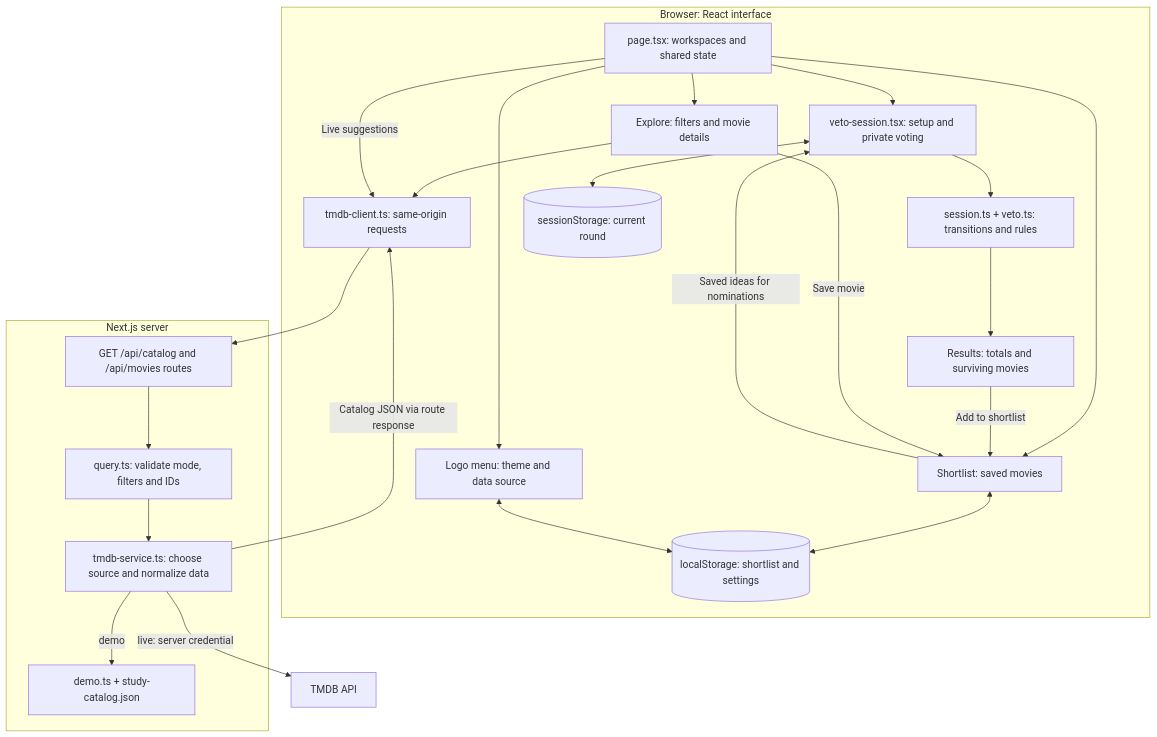
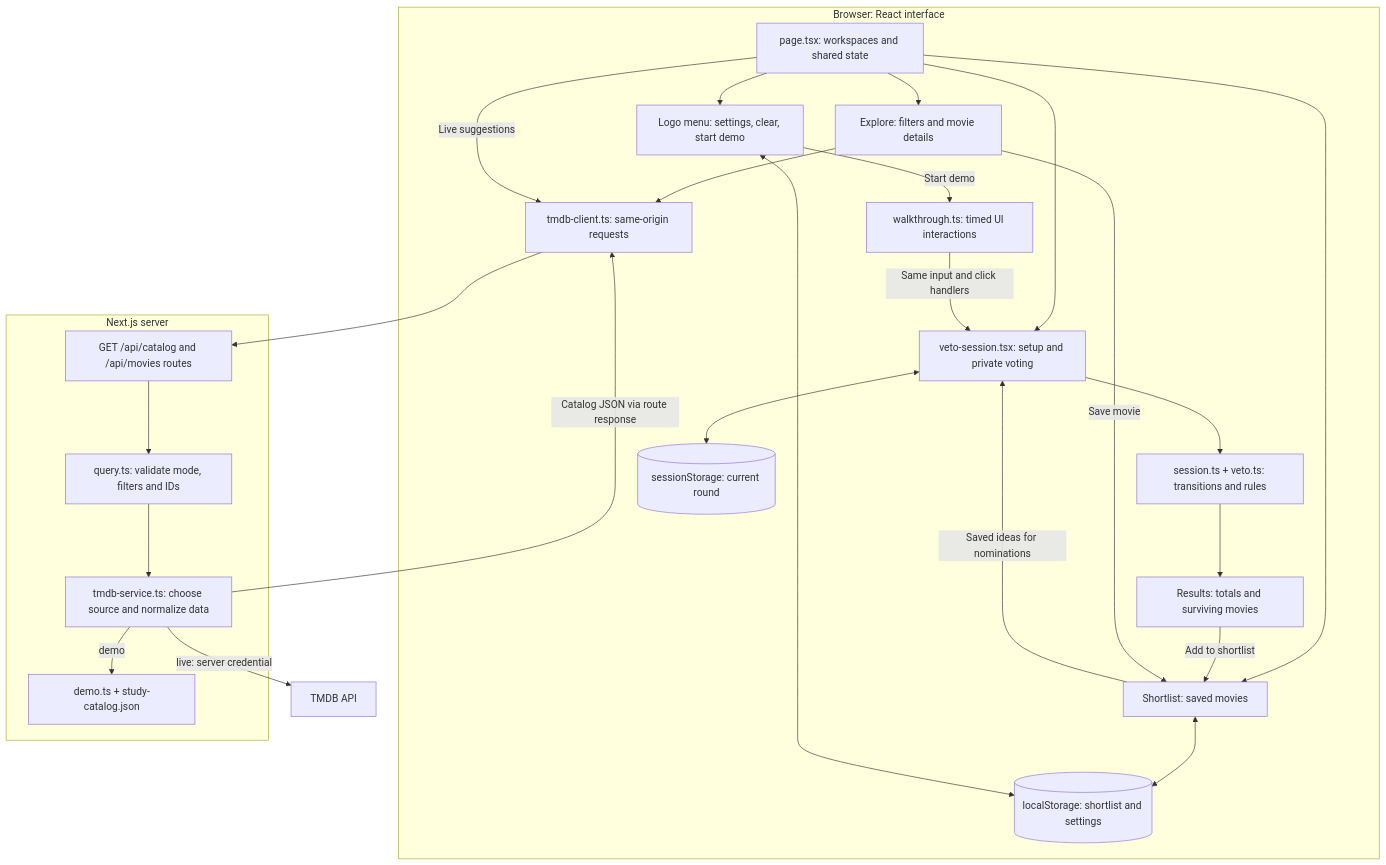
One commit to david-love121/cs422-project changed the diagram in README.md. Above: the diagram before and after it, drawn with Mermaid. The commit also changed other lines of this file and 10 other files, not shown here.

````diff
--- a/README.md
+++ b/README.md
@@ -31,44 +31,47 @@
 ```mermaid
 flowchart TD
     subgraph Browser["Browser: React interface"]
         Home["page.tsx: workspaces and shared state"]
         Session["veto-session.tsx: setup and private voting"]
         Rules["session.ts + veto.ts: transitions and rules"]
         Results["Results: totals and surviving movies"]
         Explore["Explore: filters and movie details"]
         Shortlist["Shortlist: saved movies"]
-        Settings["Logo menu: theme and data source"]
+        Settings["Logo menu: settings, clear, start demo"]
+        Walkthrough["walkthrough.ts: timed UI interactions"]
         Client["tmdb-client.ts: same-origin requests"]
         RoundStore[("sessionStorage: current round")]
         SavedStore[("localStorage: shortlist and settings")]
 
         Home --> Session
         Home --> Explore
         Home --> Shortlist
         Home --> Settings
+        Settings -->|"Start demo"| Walkthrough
+        Walkthrough -->|"Same input and click handlers"| Session
         Session --> Rules
         Rules --> Results
         Session <--> RoundStore
         Results -->|"Add to shortlist"| Shortlist
         Explore -->|"Save movie"| Shortlist
         Shortlist -->|"Saved ideas for nominations"| Session
         Shortlist <--> SavedStore
         Settings <--> SavedStore
         Explore --> Client
         Home -->|"Live suggestions"| Client
     end
 
     subgraph Server["Next.js server"]
         Routes["GET /api/catalog and /api/movies routes"]
         Query["query.ts: validate mode, filters and IDs"]
         Service["tmdb-service.ts: choose source and normalize data"]
         Demo["demo.ts + study-catalog.json"]
         Routes --> Query --> Service
         Service -->|"demo"| Demo
     end
 
     TMDB["TMDB API"]
     Client --> Routes
     Service -->|"live: server credential"| TMDB
     Service -->|"Catalog JSON via route response"| Client
 ```
````
